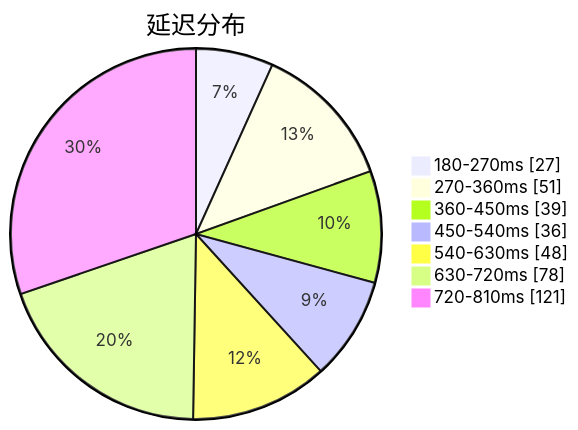
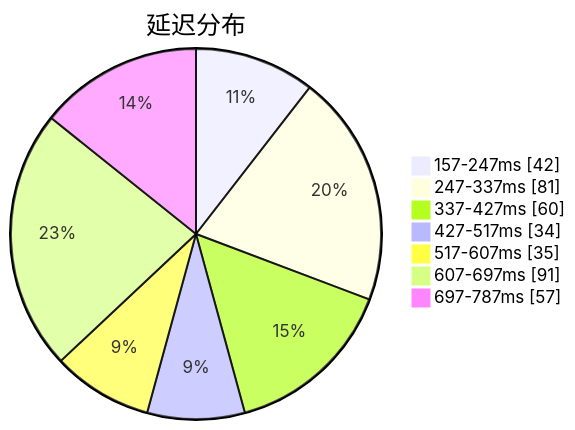
Before and after one commit to qjlxg/airport: the first of 3 diagrams in subs/statistics/tested_within.md, drawn with Mermaid. The commit also changed other lines of this file and 2 other files, not shown here.

````diff
--- a/subs/statistics/tested_within.md
+++ b/subs/statistics/tested_within.md
@@ -2,11 +2,11 @@
 ```mermaid
 pie showData
 title 延迟分布
-"180-270ms" : 27
-"270-360ms" : 51
-"360-450ms" : 39
-"450-540ms" : 36
-"540-630ms" : 48
-"630-720ms" : 78
-"720-810ms" : 121
+"157-247ms" : 42
+"247-337ms" : 81
+"337-427ms" : 60
+"427-517ms" : 34
+"517-607ms" : 35
+"607-697ms" : 91
+"697-787ms" : 57
 ```
````
